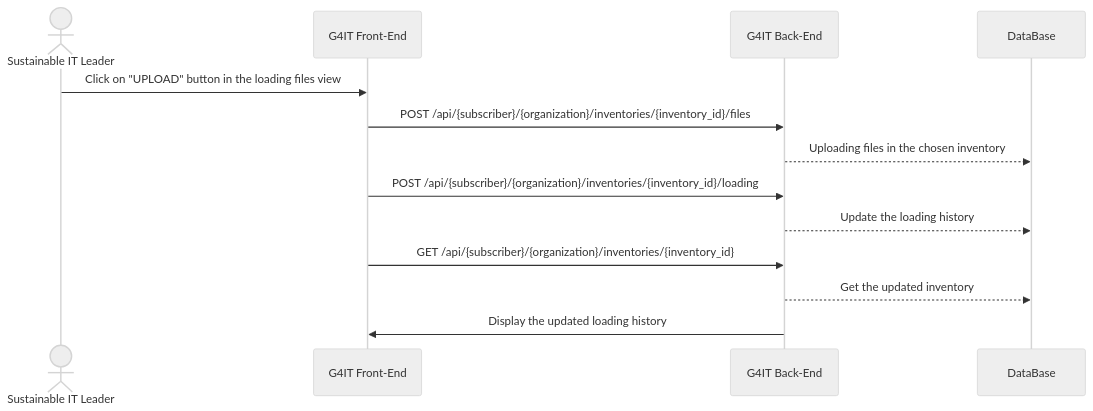
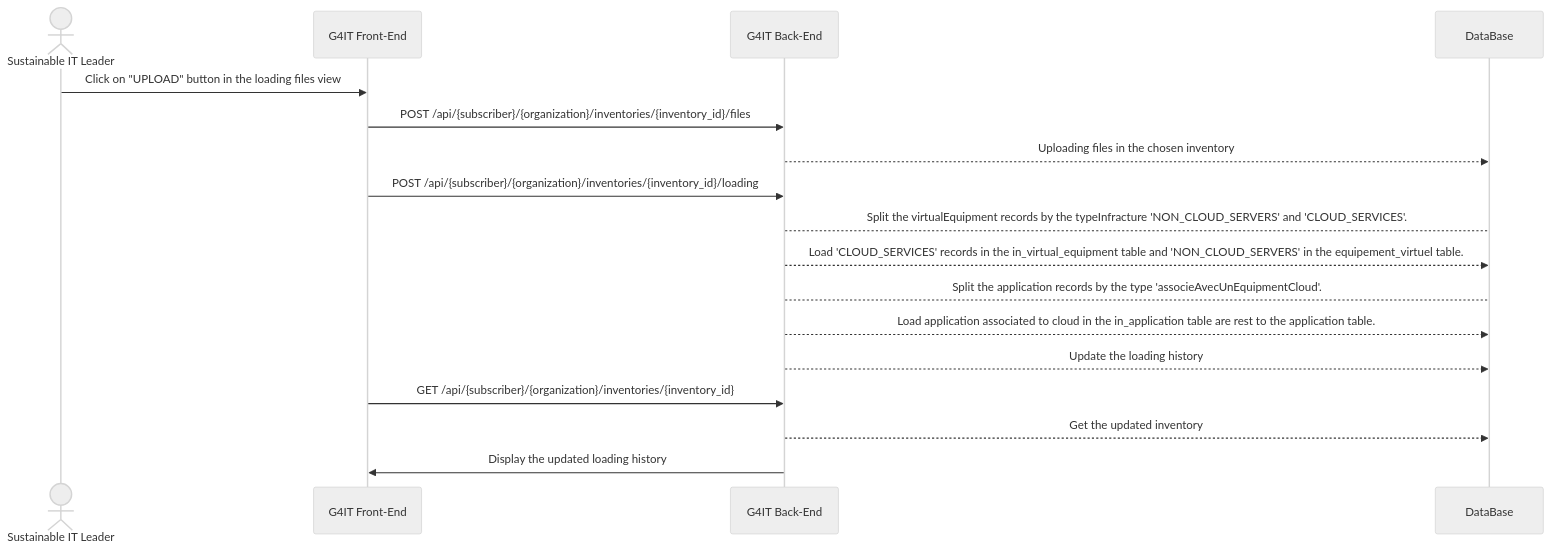
One commit to G4ITTeam/g4it changed the second of 2 diagrams in services/documentation/content/3-functional-documentation/use_cases/uc_inventory/uc3_load_files.md. Above: the diagram before and after it, drawn with Mermaid (neutral theme). The commit also changed other lines of this file and 398 other files, not shown here.

```diff
--- a/services/documentation/content/3-functional-documentation/use_cases/uc_inventory/uc3_load_files.md
+++ b/services/documentation/content/3-functional-documentation/use_cases/uc_inventory/uc3_load_files.md
@@ -79,17 +81,22 @@
 {{< mermaid >}}
+
 sequenceDiagram
 actor RND as Sustainable IT Leader
 participant front as G4IT Front-End
 participant back as G4IT Back-End
 participant DataBase
 
 RND ->> front: Click on "UPLOAD" button in the loading files view
 front ->> back: POST /api/{subscriber}/{organization}/inventories/{inventory_id}/files
 back -->> DataBase: Uploading files in the chosen inventory
 front ->> back: POST /api/{subscriber}/{organization}/inventories/{inventory_id}/loading
+back --> DataBase: Split the virtualEquipment records by the typeInfracture 'NON_CLOUD_SERVERS' and 'CLOUD_SERVICES'.
+back -->> DataBase: Load 'CLOUD_SERVICES' records in the in_virtual_equipment table and 'NON_CLOUD_SERVERS' in the equipement_virtuel table.
+back --> DataBase: Split the application records by the type 'associeAvecUnEquipmentCloud'.
+back -->> DataBase: Load application associated to cloud in the in_application table are rest to the application table.
 back -->> DataBase: Update the loading history
 front ->> back: GET /api/{subscriber}/{organization}/inventories/{inventory_id}
 back -->> DataBase: Get the updated inventory
 back ->> front: Display the updated loading history
 
 {{< /mermaid >}}
```
